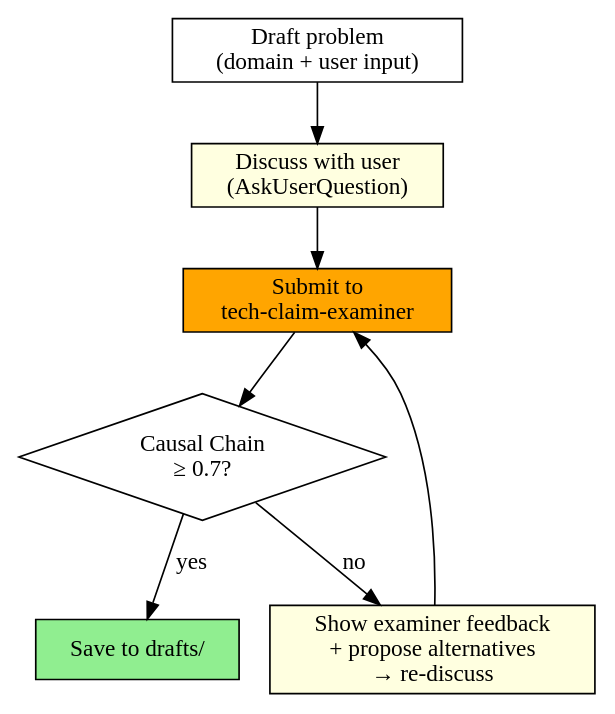
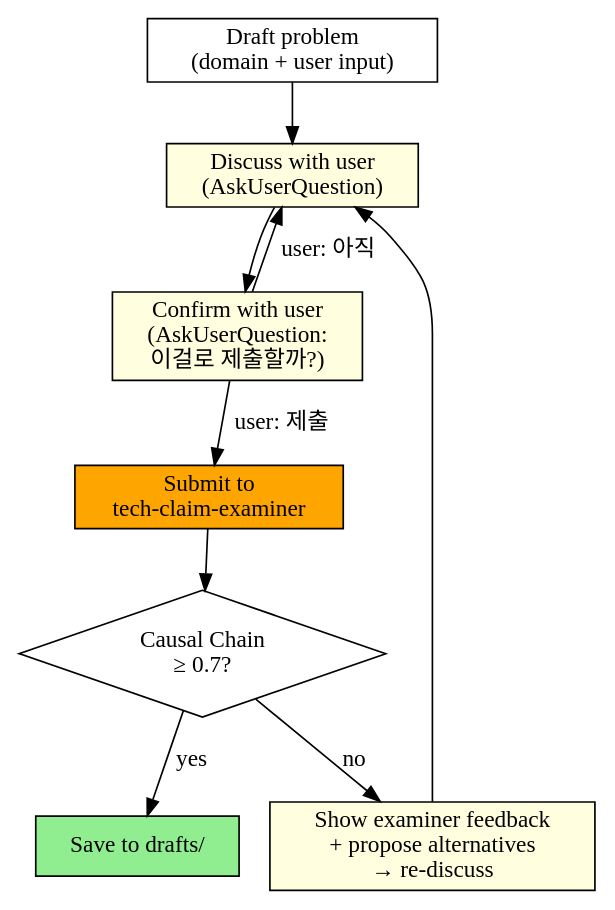
One commit to toongri/oh-my-toong-playground changed the second of 3 diagrams in skills/resume-forge/SKILL.md. Above: the diagram before and after it, drawn with Graphviz. The commit also changed other lines of this file and 2 other files, not shown here.

````diff
--- a/skills/resume-forge/SKILL.md
+++ b/skills/resume-forge/SKILL.md
@@ -55,18 +55,21 @@
 ```dot
 digraph loop1 {
     rankdir=TB;
     draft [shape=box, label="Draft problem\n(domain + user input)"];
     discuss [shape=box, label="Discuss with user\n(AskUserQuestion)", style=filled, fillcolor=lightyellow];
+    confirm [shape=box, label="Confirm with user\n(AskUserQuestion:\n이걸로 제출할까?)", style=filled, fillcolor=lightyellow];
     exam [shape=box, label="Submit to\ntech-claim-examiner", style=filled, fillcolor=orange];
     check [shape=diamond, label="Causal Chain\n≥ 0.7?"];
     save [shape=box, label="Save to drafts/", style=filled, fillcolor=lightgreen];
     feedback [shape=box, label="Show examiner feedback\n+ propose alternatives\n→ re-discuss", style=filled, fillcolor=lightyellow];
 
     draft -> discuss;
-    discuss -> exam;
+    discuss -> confirm;
+    confirm -> exam [label="user: 제출"];
+    confirm -> discuss [label="user: 아직"];
     exam -> check;
     check -> save [label="yes"];
     check -> feedback [label="no"];
-    feedback -> exam;
+    feedback -> discuss;
 }
 ```
````
